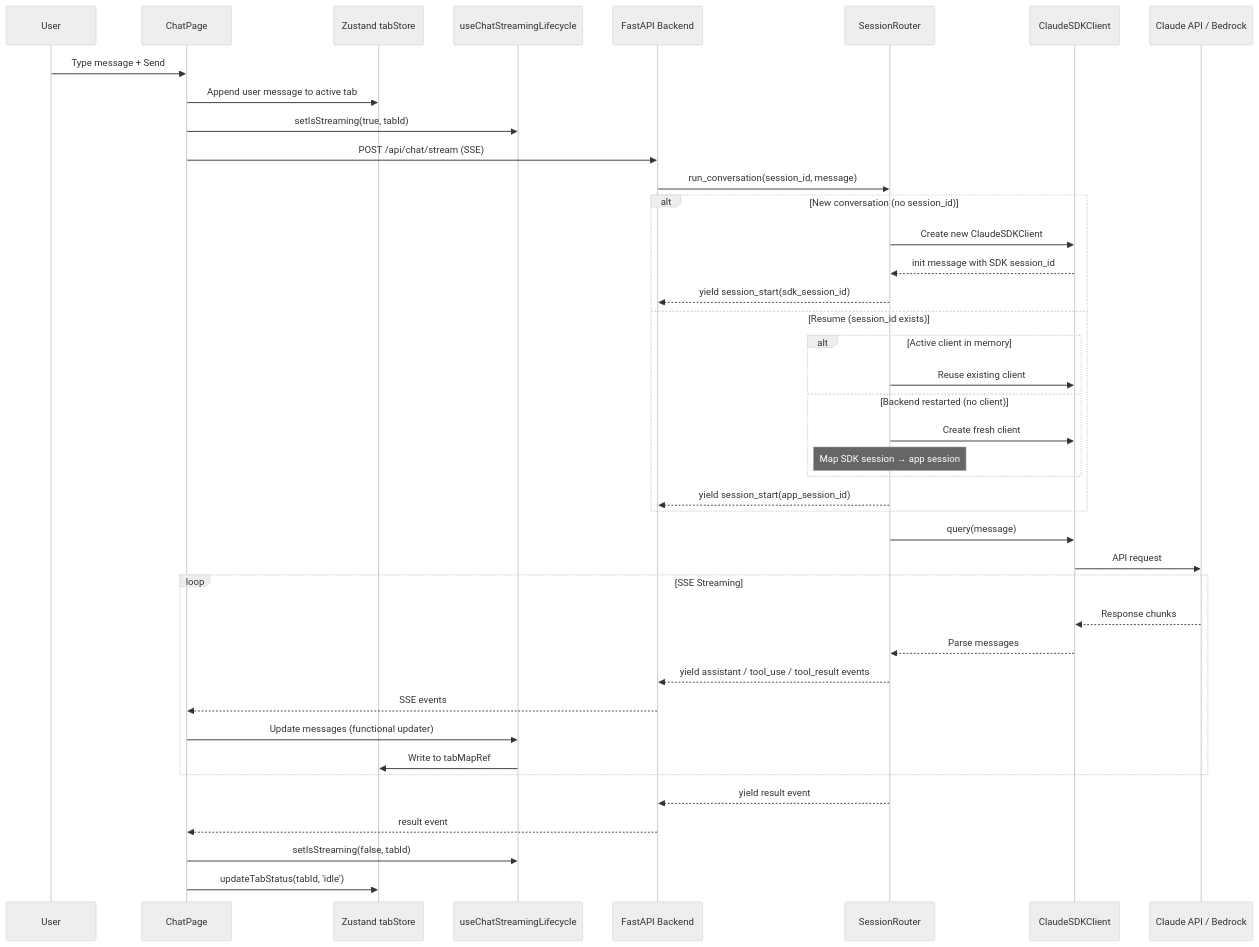
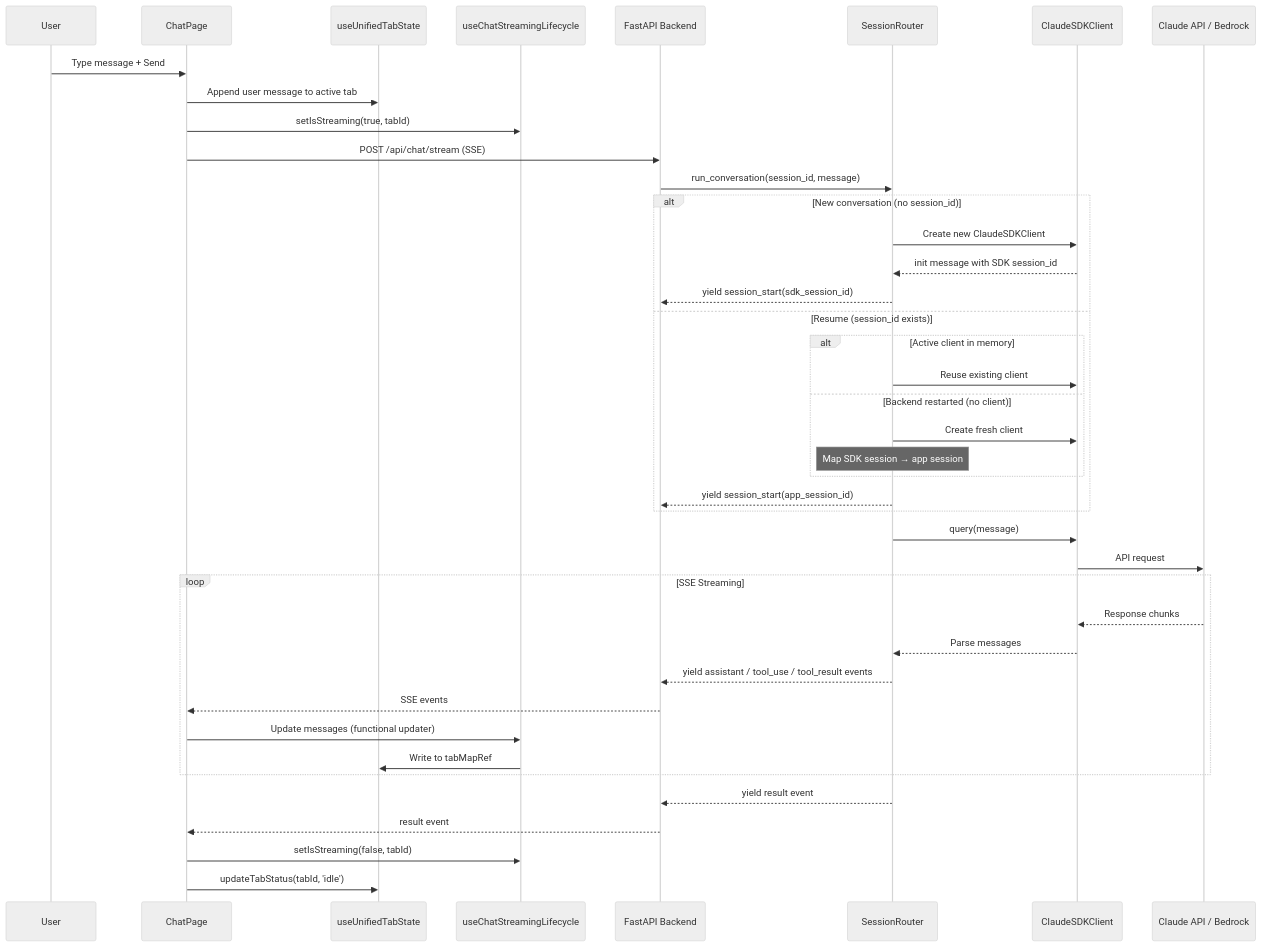
One commit to xg-gh-25/SwarmAI changed the second of 20 diagrams in .kiro/specs/system-specs/FLOWCHARTS.md. Above: the diagram before and after it, drawn with Mermaid (neutral theme). The commit also changed 7 other files, not shown here.

First line of the commit message:
refactor: delete dead Zustand tab code, keep ref-based architecture

````diff
--- a/.kiro/specs/system-specs/FLOWCHARTS.md
+++ b/.kiro/specs/system-specs/FLOWCHARTS.md
@@ -43,49 +43,49 @@
 ```mermaid
 sequenceDiagram
     participant User
     participant ChatPage
-    participant TabMap as Zustand tabStore
+    participant TabMap as useUnifiedTabState
     participant StreamHook as useChatStreamingLifecycle
     participant API as FastAPI Backend
     participant AM as SessionRouter
     participant SDK as ClaudeSDKClient
     participant Claude as Claude API / Bedrock
 
     User->>ChatPage: Type message + Send
     ChatPage->>TabMap: Append user message to active tab
     ChatPage->>StreamHook: setIsStreaming(true, tabId)
     ChatPage->>API: POST /api/chat/stream (SSE)
 
     API->>AM: run_conversation(session_id, message)
 
     alt New conversation (no session_id)
         AM->>SDK: Create new ClaudeSDKClient
         SDK-->>AM: init message with SDK session_id
         AM-->>API: yield session_start(sdk_session_id)
     else Resume (session_id exists)
         alt Active client in memory
             AM->>SDK: Reuse existing client
         else Backend restarted (no client)
             AM->>SDK: Create fresh client
             Note over AM: Map SDK session → app session
         end
         AM-->>API: yield session_start(app_session_id)
     end
 
     AM->>SDK: query(message)
     SDK->>Claude: API request
 
     loop SSE Streaming
         Claude-->>SDK: Response chunks
         SDK-->>AM: Parse messages
         AM-->>API: yield assistant / tool_use / tool_result events
         API-->>ChatPage: SSE events
         ChatPage->>StreamHook: Update messages (functional updater)
         StreamHook->>TabMap: Write to tabMapRef
     end
 
     AM-->>API: yield result event
     API-->>ChatPage: result event
     ChatPage->>StreamHook: setIsStreaming(false, tabId)
     ChatPage->>TabMap: updateTabStatus(tabId, 'idle')
 ```
````
